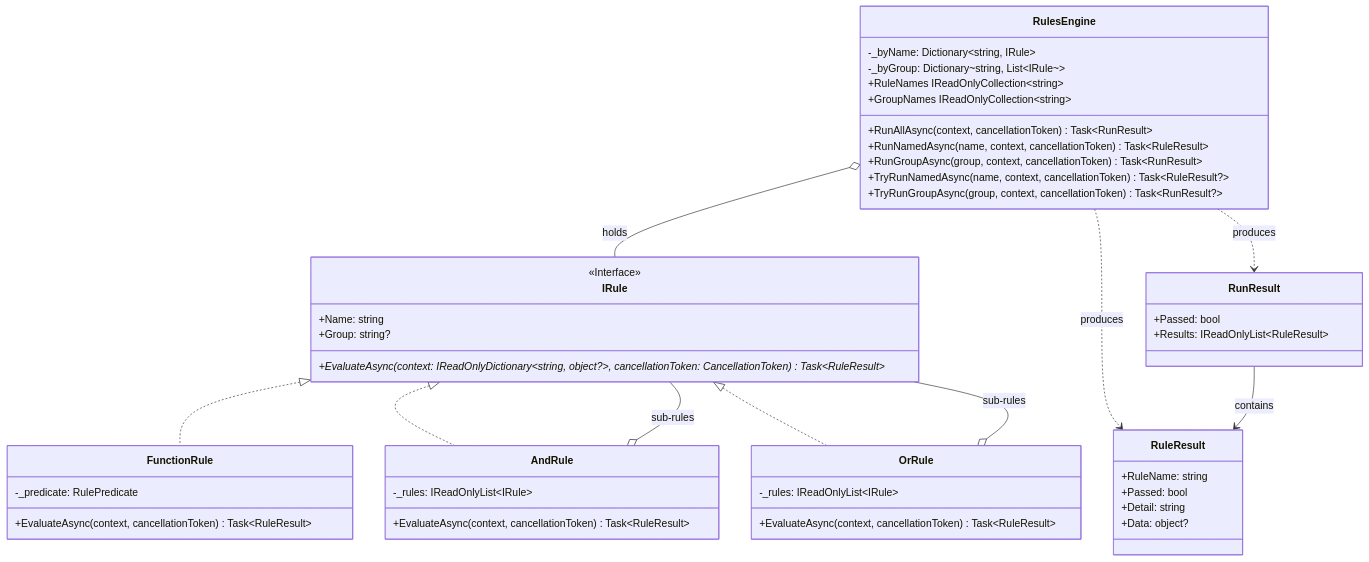
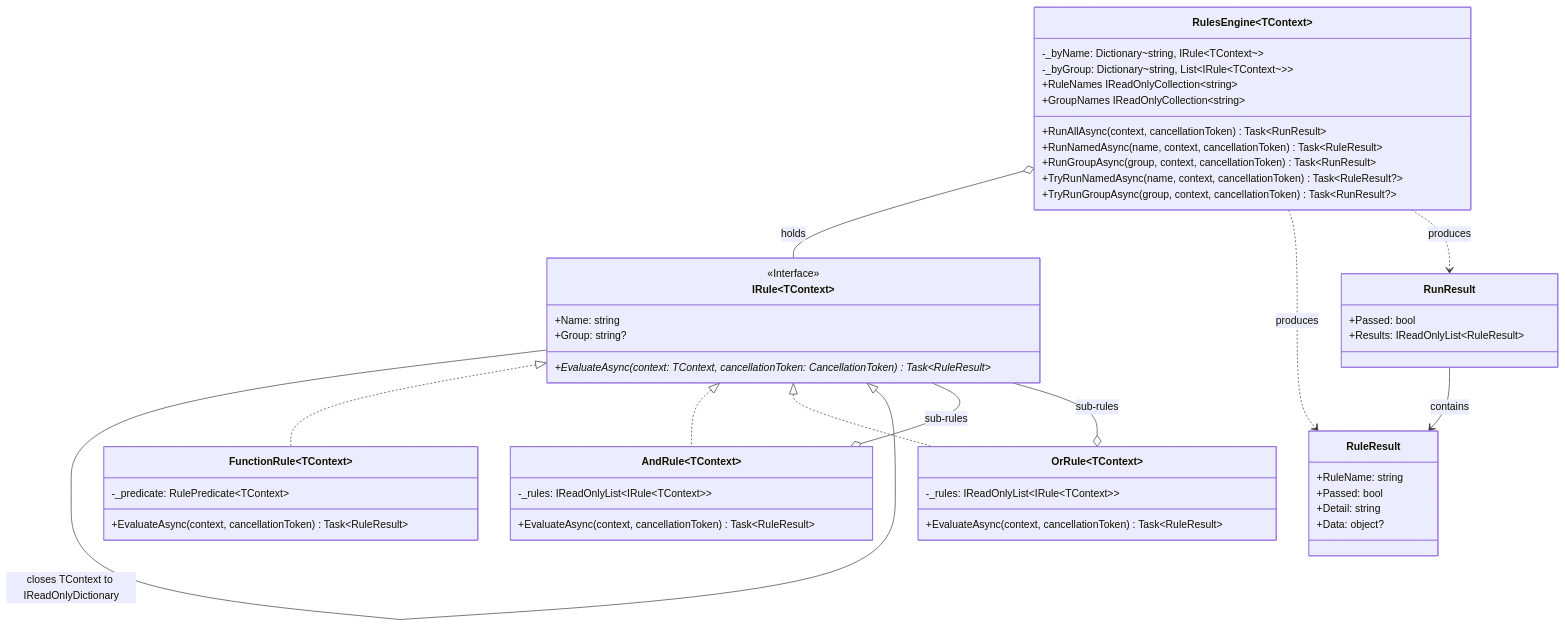
Before and after one commit to pawan-vyas/verdict-rules: the diagram in docs/architecture/csharp.md, drawn with Mermaid. The commit also changed other lines of this file and 14 other files, not shown here.

````diff
--- a/docs/architecture/csharp.md
+++ b/docs/architecture/csharp.md
@@ -40,52 +40,56 @@
 ```mermaid
 classDiagram
-    class IRule {
+    class `IRule~TContext~` {
         <<Interface>>
         +Name: string
         +Group: string?
-        +EvaluateAsync(context: IReadOnlyDictionary~string, object?~, cancellationToken: CancellationToken)* Task~RuleResult~
+        +EvaluateAsync(context: TContext, cancellationToken: CancellationToken)* Task~RuleResult~
     }
-    class FunctionRule {
-        -_predicate: RulePredicate
+    class IRule {
+        <<Interface>>
+    }
+    class `FunctionRule~TContext~` {
+        -_predicate: RulePredicate~TContext~
         +EvaluateAsync(context, cancellationToken) Task~RuleResult~
     }
-    class AndRule {
-        -_rules: IReadOnlyList~IRule~
+    class `AndRule~TContext~` {
+        -_rules: IReadOnlyList~IRule~TContext~~
         +EvaluateAsync(context, cancellationToken) Task~RuleResult~
     }
-    class OrRule {
-        -_rules: IReadOnlyList~IRule~
+    class `OrRule~TContext~` {
+        -_rules: IReadOnlyList~IRule~TContext~~
         +EvaluateAsync(context, cancellationToken) Task~RuleResult~
     }
-    class RulesEngine {
-        -_byName: Dictionary~string, IRule~
-        -_byGroup: Dictionary~string, List~IRule~~
+    class `RulesEngine~TContext~` {
+        -_byName: Dictionary~string, IRule~TContext~~
+        -_byGroup: Dictionary~string, List~IRule~TContext~~~
         +RunAllAsync(context, cancellationToken) Task~RunResult~
         +RunNamedAsync(name, context, cancellationToken) Task~RuleResult~
         +RunGroupAsync(group, context, cancellationToken) Task~RunResult~
         +TryRunNamedAsync(name, context, cancellationToken) Task~RuleResult?~
         +TryRunGroupAsync(group, context, cancellationToken) Task~RunResult?~
         +RuleNames IReadOnlyCollection~string~
         +GroupNames IReadOnlyCollection~string~
     }
     class RuleResult {
         +RuleName: string
         +Passed: bool
         +Detail: string
         +Data: object?
     }
     class RunResult {
         +Passed: bool
         +Results: IReadOnlyList~RuleResult~
     }
 
-    IRule <|.. FunctionRule
-    IRule <|.. AndRule
-    IRule <|.. OrRule
-    AndRule o-- IRule : sub-rules
-    OrRule o-- IRule : sub-rules
-    RulesEngine o-- IRule : holds
-    RulesEngine ..> RuleResult : produces
-    RulesEngine ..> RunResult : produces
+    IRule --|> `IRule~TContext~` : closes TContext to IReadOnlyDictionary
+    `IRule~TContext~` <|.. `FunctionRule~TContext~`
+    `IRule~TContext~` <|.. `AndRule~TContext~`
+    `IRule~TContext~` <|.. `OrRule~TContext~`
+    `AndRule~TContext~` o-- `IRule~TContext~` : sub-rules
+    `OrRule~TContext~` o-- `IRule~TContext~` : sub-rules
+    `RulesEngine~TContext~` o-- `IRule~TContext~` : holds
+    `RulesEngine~TContext~` ..> RuleResult : produces
+    `RulesEngine~TContext~` ..> RunResult : produces
     RunResult --> RuleResult : contains
 ```
````
